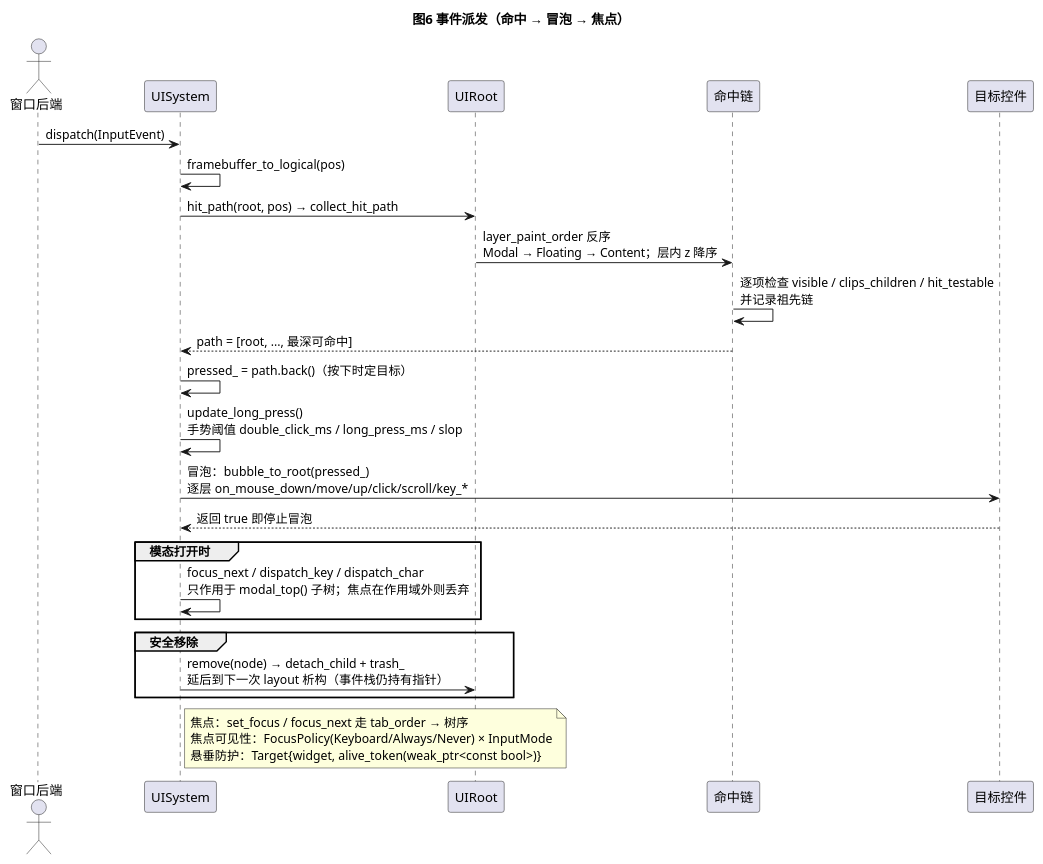
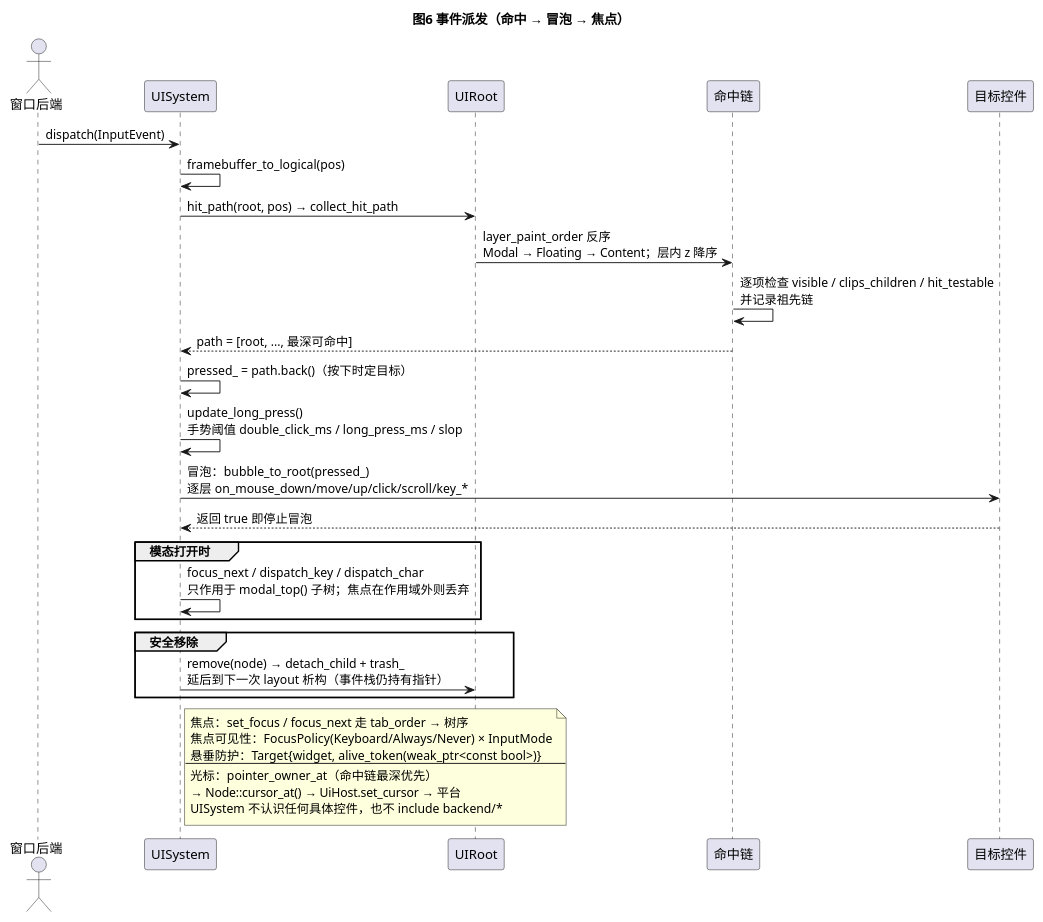
The diagram in .design/uml/06-event-dispatch.puml (zxionf/cosine), drawn with PlantUML before and after one commit. The commit also changed 14 other files, not shown here.

Commit message:
refactor(ui): UISystem 解除对 backend 与具体控件的依赖

```diff
--- a/.design/uml/06-event-dispatch.puml
+++ b/.design/uml/06-event-dispatch.puml
@@ -1,39 +1,43 @@
 @startuml
 title 图6 事件派发（命中 → 冒泡 → 焦点）
 
 skinparam defaultFontName "Microsoft YaHei"
 skinparam shadowing false
 
 actor "窗口后端" as WIN
 participant "UISystem" as SYS
 participant "UIRoot" as ROOT
 participant "命中链" as PATH
 participant "目标控件" as T
 
 WIN -> SYS : dispatch(InputEvent)
 SYS -> SYS : framebuffer_to_logical(pos)
 SYS -> ROOT : hit_path(root, pos) → collect_hit_path
 ROOT -> PATH : layer_paint_order 反序\nModal → Floating → Content；层内 z 降序
 PATH -> PATH : 逐项检查 visible / clips_children / hit_testable\n并记录祖先链
 PATH --> SYS : path = [root, ..., 最深可命中]
 
 SYS -> SYS : pressed_ = path.back()（按下时定目标）
 SYS -> SYS : update_long_press()\n手势阈值 double_click_ms / long_press_ms / slop
 
 SYS -> T : 冒泡：bubble_to_root(pressed_)\n逐层 on_mouse_down/move/up/click/scroll/key_*
 T --> SYS : 返回 true 即停止冒泡
 
 group 模态打开时
   SYS -> SYS : focus_next / dispatch_key / dispatch_char\n只作用于 modal_top() 子树；焦点在作用域外则丢弃
 end
 
 group 安全移除
   SYS -> ROOT : remove(node) → detach_child + trash_\n延后到下一次 layout 析构（事件栈仍持有指针）
 end
 
 note right of SYS
   焦点：set_focus / focus_next 走 tab_order → 树序
   焦点可见性：FocusPolicy(Keyboard/Always/Never) × InputMode
   悬垂防护：Target{widget, alive_token(weak_ptr<const bool>)}
+  --
+  光标：pointer_owner_at（命中链最深优先）
+  → Node::cursor_at() → UiHost.set_cursor → 平台
+  UISystem 不认识任何具体控件，也不 include backend/*
 end note
 @enduml
```
